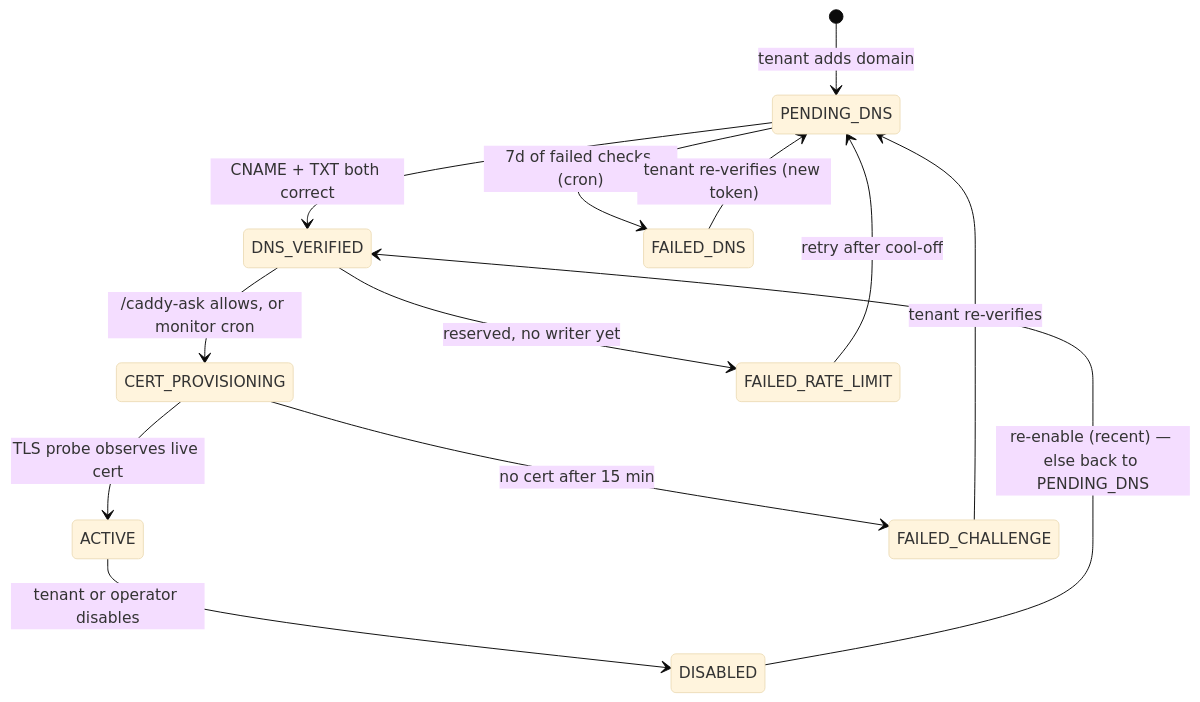
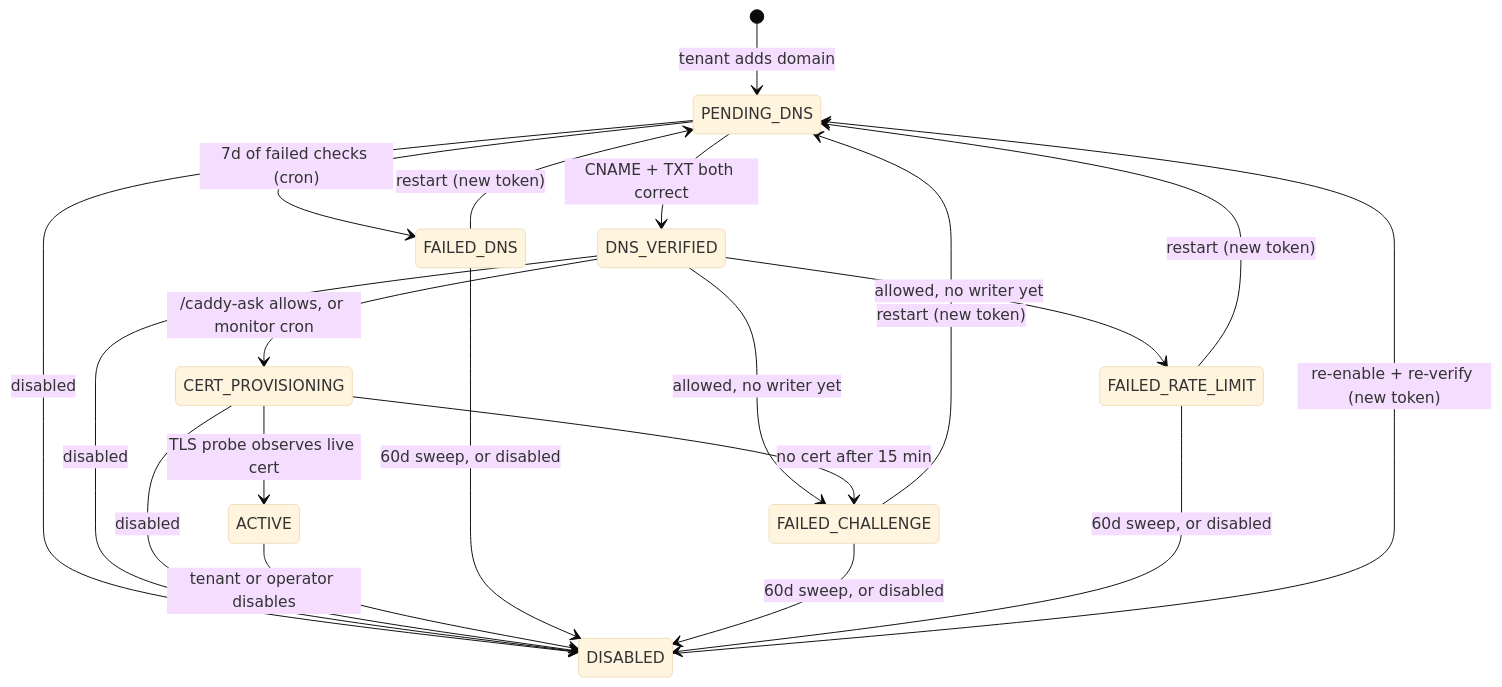
The second of 2 diagrams in docs/03-routing-and-tls.md (TitaniaAnn/makerfolio-saas-architecture), drawn with Mermaid (base theme) before and after one commit. The commit also changed other lines of this file and 20 other files, not shown here.

````diff
--- a/docs/03-routing-and-tls.md
+++ b/docs/03-routing-and-tls.md
@@ -135,15 +135,22 @@
 ```mermaid
 stateDiagram-v2
     [*] --> PENDING_DNS : tenant adds domain
     PENDING_DNS --> DNS_VERIFIED : CNAME + TXT both correct
     PENDING_DNS --> FAILED_DNS : 7d of failed checks (cron)
+    PENDING_DNS --> DISABLED : disabled
     DNS_VERIFIED --> CERT_PROVISIONING : /caddy-ask allows, or monitor cron
+    DNS_VERIFIED --> FAILED_CHALLENGE : allowed, no writer yet
+    DNS_VERIFIED --> FAILED_RATE_LIMIT : allowed, no writer yet
+    DNS_VERIFIED --> DISABLED : disabled
     CERT_PROVISIONING --> ACTIVE : TLS probe observes live cert
     CERT_PROVISIONING --> FAILED_CHALLENGE : no cert after 15 min
-    DNS_VERIFIED --> FAILED_RATE_LIMIT : reserved, no writer yet
+    CERT_PROVISIONING --> DISABLED : disabled
     ACTIVE --> DISABLED : tenant or operator disables
-    FAILED_DNS --> PENDING_DNS : tenant re-verifies (new token)
-    FAILED_CHALLENGE --> PENDING_DNS : tenant re-verifies
-    FAILED_RATE_LIMIT --> PENDING_DNS : retry after cool-off
-    DISABLED --> DNS_VERIFIED : re-enable (recent) — else back to PENDING_DNS
+    FAILED_DNS --> PENDING_DNS : restart (new token)
+    FAILED_DNS --> DISABLED : 60d sweep, or disabled
+    FAILED_CHALLENGE --> PENDING_DNS : restart (new token)
+    FAILED_CHALLENGE --> DISABLED : 60d sweep, or disabled
+    FAILED_RATE_LIMIT --> PENDING_DNS : restart (new token)
+    FAILED_RATE_LIMIT --> DISABLED : 60d sweep, or disabled
+    DISABLED --> PENDING_DNS : re-enable + re-verify (new token)
 ```
````
